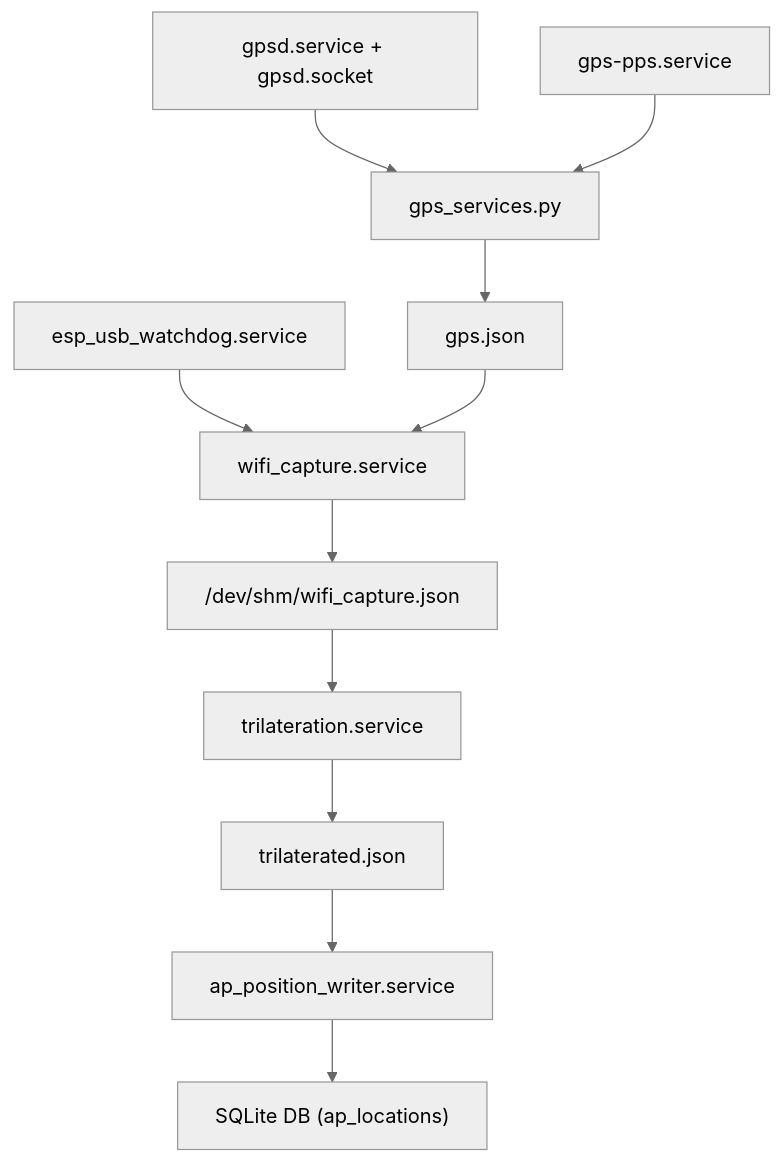
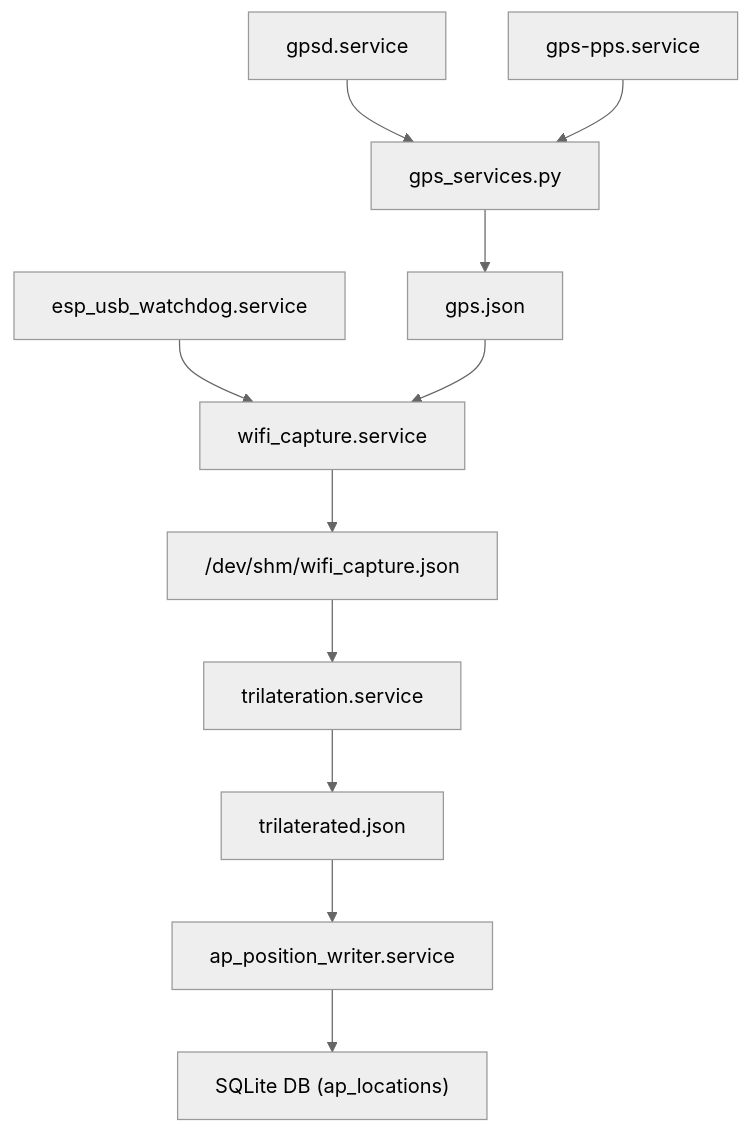
One commit to sbejarano/WiFi_Promiscuous changed the diagram in gps.md. Above: the diagram before and after it, drawn with Mermaid (neutral theme). The commit also changed 1 other file, not shown here.

Commit message:
docs: correct repo vs deployment layout and gps service diagram

````diff
--- a/gps.md
+++ b/gps.md
@@ -1,31 +1,31 @@
 ```mermaid
 flowchart TD
-    gpsd["gpsd.service + gpsd.socket"]
+    gpsd["gpsd.service"]
     pps["gps-pps.service"]
     gpssvc["gps_services.py"]
     gpsjson["gps.json"]
 
     espwd["esp_usb_watchdog.service"]
     wificap["wifi_capture.service"]
     capjson["/dev/shm/wifi_capture.json"]
 
     trilat["trilateration.service"]
     triljson["trilaterated.json"]
 
     apwriter["ap_position_writer.service"]
     db["SQLite DB (ap_locations)"]
 
     gpsd --> gpssvc
     pps --> gpssvc
     gpssvc --> gpsjson
 
     espwd --> wificap
     gpsjson --> wificap
     wificap --> capjson
 
     capjson --> trilat
     trilat --> triljson
 
     triljson --> apwriter
     apwriter --> db
 ```
````
